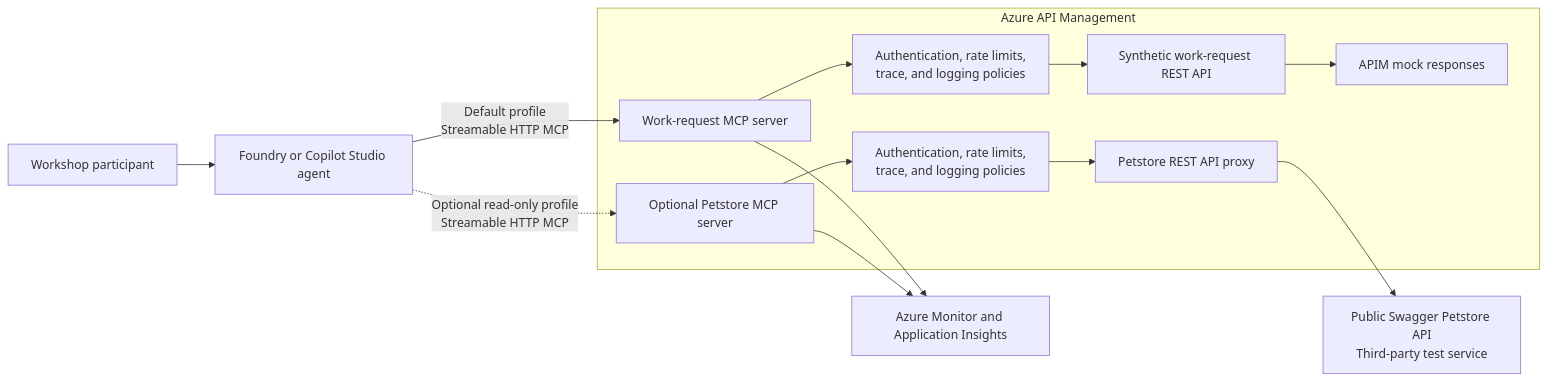
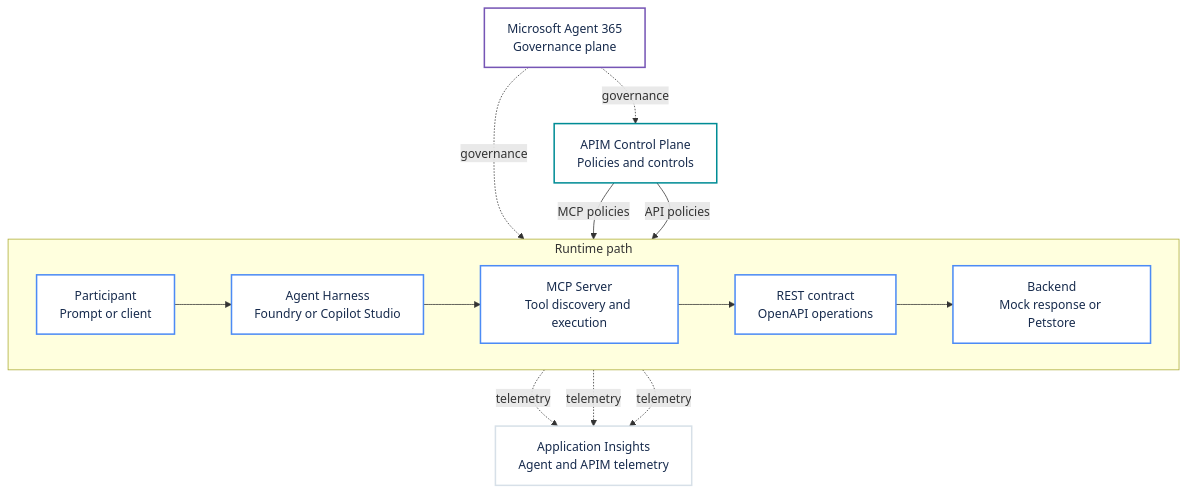
The diagram in docs/architecture.md (yurilausberg/foundry-apim-mcp-workshop), drawn with Mermaid before and after one commit. The commit also changed other lines of this file, not shown here.

Commit message:
Align reference architecture with slide 3
Update the Mermaid diagram and supporting guidance for the Agent Harness, MCP Server, APIM Control Plane, Microsoft Agent 365 governance, REST contract, and shared Application Insights observability layers.

Copilot-Session: aa1a2148-b4d0-4cc5-94ea-497594b4b72a

````diff
--- a/docs/architecture.md
+++ b/docs/architecture.md
@@ -3,28 +3,36 @@
 ```mermaid
-flowchart LR
-    User[Workshop participant] --> Agent[Foundry or Copilot Studio agent]
+flowchart TB
+    Agent365["Microsoft Agent 365<br/>Governance plane"]
+    APIM["APIM Control Plane<br/>Policies and controls"]
 
-    subgraph APIM["Azure API Management"]
-        WorkMCP["Work-request MCP server"]
-        WorkPolicy["Authentication, rate limits,<br/>trace, and logging policies"]
-        WorkAPI["Synthetic work-request REST API"]
-        WorkMock["APIM mock responses"]
+    subgraph Runtime["Runtime path"]
+        direction LR
+        Participant["Participant<br/>Prompt or client"]
+        Agent["Agent Harness<br/>Foundry or Copilot Studio"]
+        MCP["MCP Server<br/>Tool discovery and execution"]
+        Contract["REST contract<br/>OpenAPI operations"]
+        Backend["Backend<br/>Mock response or Petstore"]
 
-        PetMCP["Optional Petstore MCP server"]
-        PetPolicy["Authentication, rate limits,<br/>trace, and logging policies"]
-        PetAPI["Petstore REST API proxy"]
+        Participant --> Agent --> MCP --> Contract --> Backend
     end
 
-    Agent -->|Default profile<br/>Streamable HTTP MCP| WorkMCP
-    WorkMCP --> WorkPolicy
-    WorkPolicy --> WorkAPI
-    WorkAPI --> WorkMock
+    Insights["Application Insights<br/>Agent and APIM telemetry"]
 
-    Agent -.->|Optional read-only profile<br/>Streamable HTTP MCP| PetMCP
-    PetMCP --> PetPolicy
-    PetPolicy --> PetAPI
-    PetAPI --> Petstore["Public Swagger Petstore API<br/>Third-party test service"]
+    Agent365 -. governance .-> Agent
+    Agent365 -. governance .-> APIM
+    APIM -->|MCP policies| MCP
+    APIM -->|API policies| Contract
 
-    WorkMCP --> Monitor[Azure Monitor and Application Insights]
-    PetMCP --> Monitor
+    Agent -. telemetry .-> Insights
+    MCP -. telemetry .-> Insights
+    Contract -. telemetry .-> Insights
+
+    classDef governance fill:#ffffff,stroke:#7655b5,stroke-width:2px,color:#172b4d;
+    classDef control fill:#ffffff,stroke:#008c95,stroke-width:2px,color:#172b4d;
+    classDef runtime fill:#ffffff,stroke:#4c8bf5,stroke-width:2px,color:#172b4d;
+    classDef observe fill:#ffffff,stroke:#d7e0e8,stroke-width:2px,color:#172b4d;
+    class Agent365 governance;
+    class APIM control;
+    class Participant,Agent,MCP,Contract,Backend runtime;
+    class Insights observe;
 ```
````
